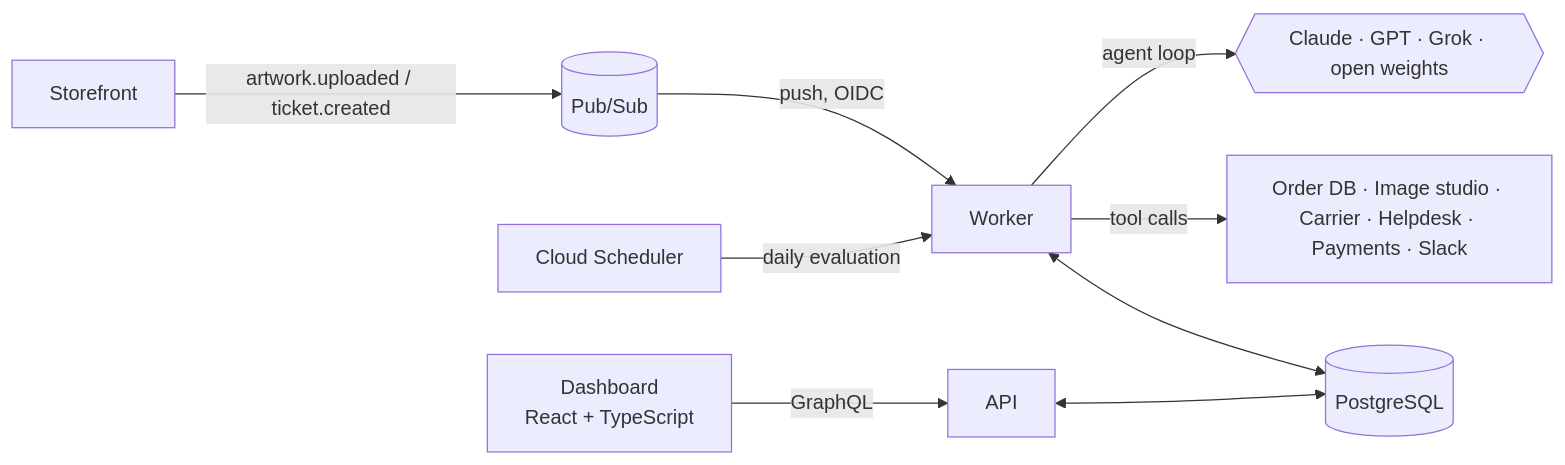
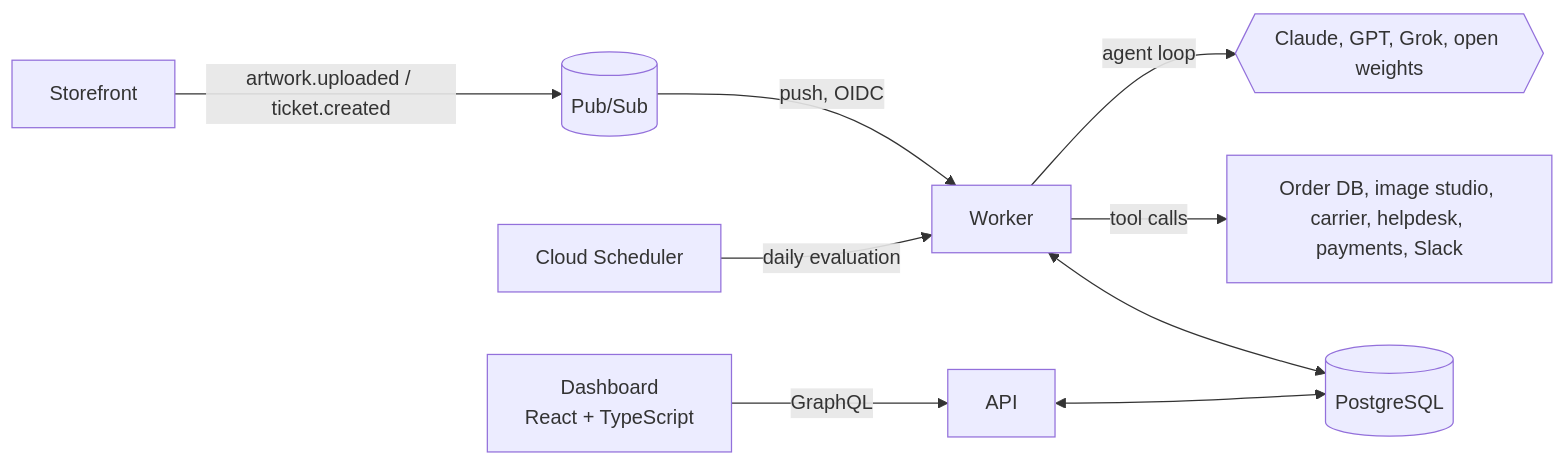
The diagram in README.md (davidmm07/pressroom), drawn with Mermaid before and after one commit. The commit also changed other lines of this file and 8 other files, not shown here.

````diff
--- a/README.md
+++ b/README.md
@@ -18,11 +18,11 @@
 ```mermaid
 flowchart LR
   SF[Storefront] -- artwork.uploaded / ticket.created --> PS[(Pub/Sub)]
   PS -- push, OIDC --> W[Worker]
-  W -- agent loop --> M{{Claude · GPT · Grok · open weights}}
-  W -- tool calls --> T[Order DB · Image studio · Carrier · Helpdesk · Payments · Slack]
+  W -- agent loop --> M{{Claude, GPT, Grok, open weights}}
+  W -- tool calls --> T[Order DB, image studio, carrier, helpdesk, payments, Slack]
   W <--> DB[(PostgreSQL)]
   UI[Dashboard<br/>React + TypeScript] -- GraphQL --> API[API]
   API <--> DB
   CS[Cloud Scheduler] -- daily evaluation --> W
 ```
````
